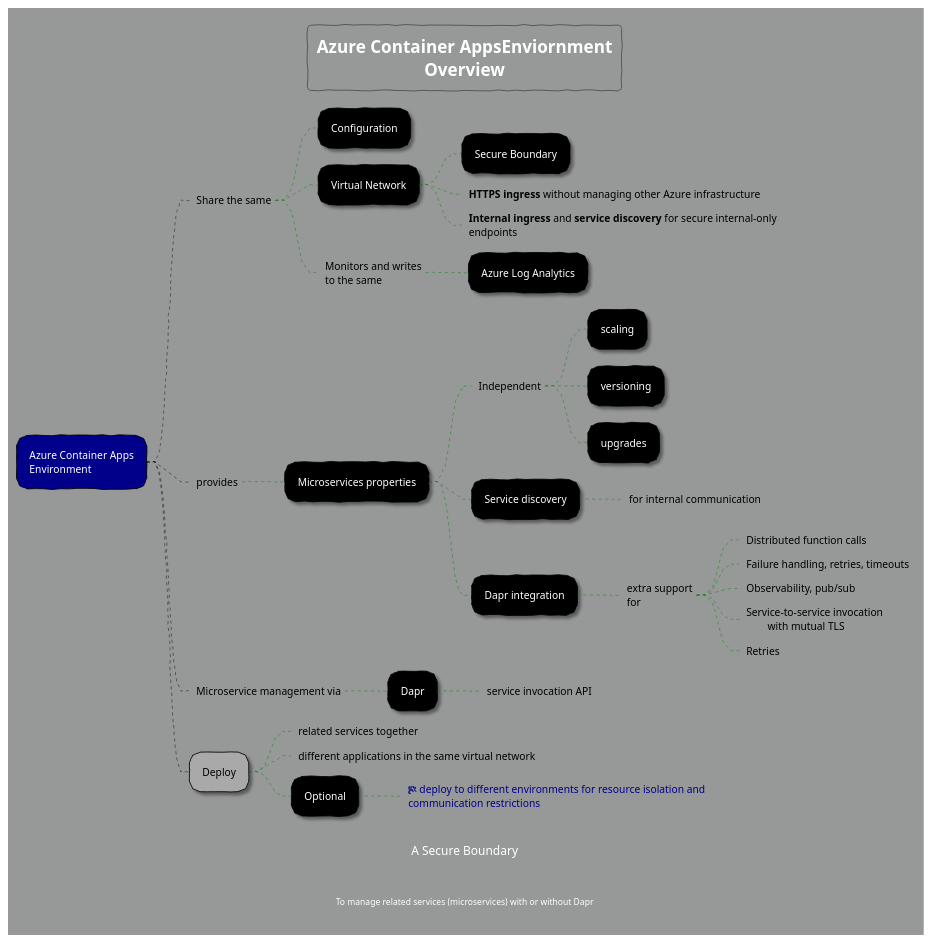
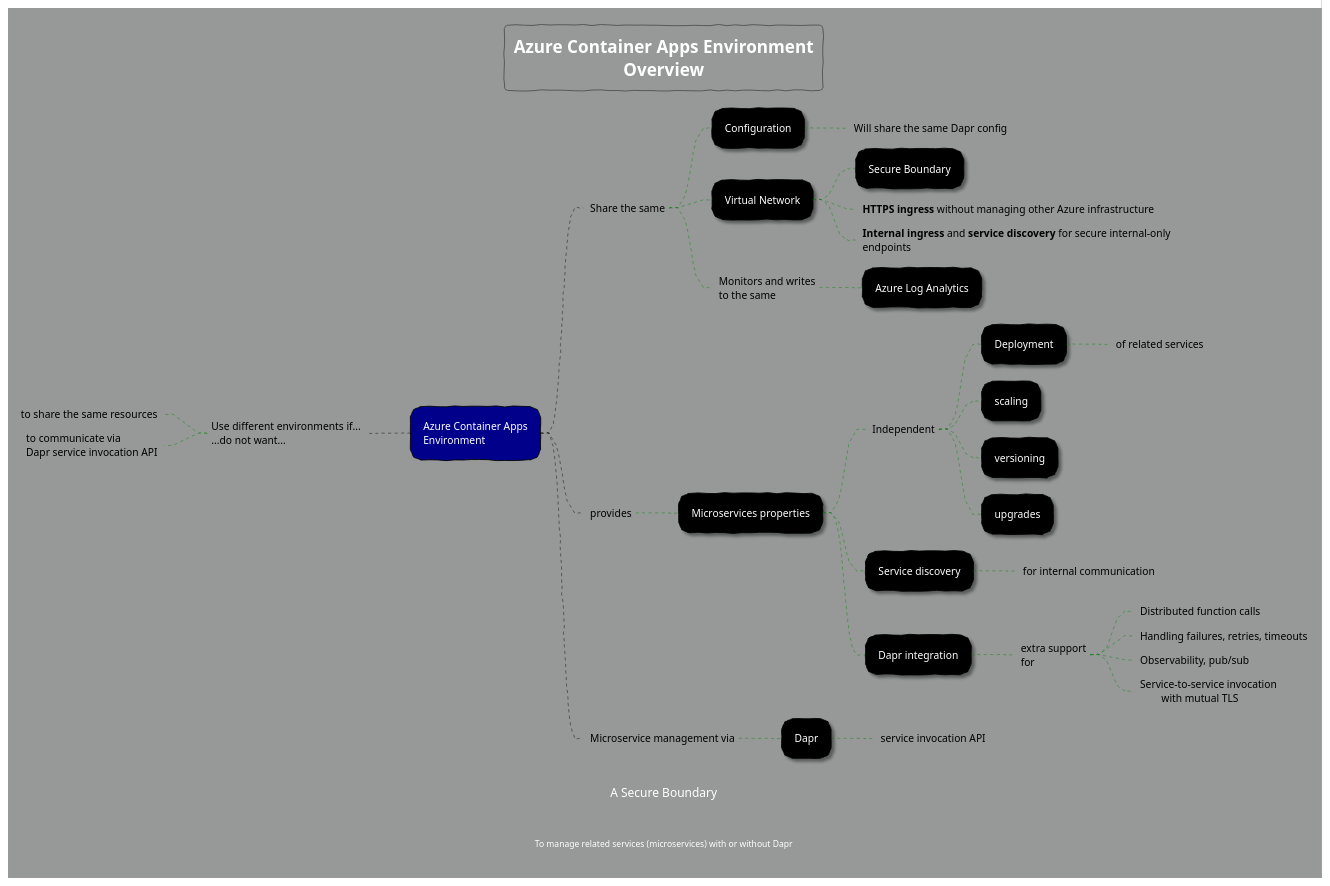
The diagram in Notes/Diagrams/ContainerApps/container-apps-environments.plantuml (rob-bl8ke/Az204-Containerization), drawn with PlantUML before and after one commit. The commit also changed 6 other files, not shown here.

Commit message:
Updates to Azure Container Apps security and revisions

```diff
--- a/Notes/Diagrams/ContainerApps/container-apps-environments.plantuml
+++ b/Notes/Diagrams/ContainerApps/container-apps-environments.plantuml
@@ -1,100 +1,101 @@
 @startmindmap "Azure Container Apps Environment"
 
-title Azure Container AppsEnviornment\nOverview
+title Azure Container Apps Environment\nOverview
 
 caption A Secure Boundary
 footer To manage related services (microservices) with or without Dapr
 
 
 ' List of available themes:
 ' https://plantuml.com/theme
 !theme sketchy
 '!theme carbon-gray
 '!theme cyborg
 '!theme mars
 ' skinparam backgroundColor #e8edec
 skinparam backgroundColor #969998
 
 <style>
     mindMapDiagram {
         .root {
             BackgroundColor darkblue
             LineColor black
             FontColor white
         }
 
         .blue {
             FontColor darkblue
         }
 
 
         node {
             FontColor white
             LineColor black
             BackgroundColor black
             Shadowing 2.0
             RoundCorner 25
         }
         :depth(0) {
             FontColor black
             LineColor white
             BackgroundColor white
             Shadowing 0.0
         }
         :depth(1) {
             FontColor black
             BackgroundColor darkgrey
             Shadowing 2.0
         }
 
         arrow {
             LineStyle 4
             LineThickness 0.5
             LineColor green
         }
 
         boxless {
             FontColor black
             Margin 10
             Padding 10
             MaximumWidth 400
         }
     }
 </style>
 
 + Azure Container Apps\nEnvironment <<root>>
 ++_ Share the same
 +++ Configuration
+++++_ Will share the same Dapr config
 +++ Virtual Network
 ++++ Secure Boundary
 ++++_ **HTTPS ingress** without managing other Azure infrastructure
 ++++_ **Internal ingress** and **service discovery** for secure internal-only endpoints
 +++_ Monitors and writes\nto the same
 ++++ Azure Log Analytics
 
 ++_ provides
 +++ Microservices properties
 ++++_ Independent
++++++ Deployment
+++++++_ of related services
 +++++ scaling
 +++++ versioning
 +++++ upgrades
 ++++ Service discovery
 +++++_ for internal communication
 ++++ Dapr integration
 +++++_ extra support\nfor
 ++++++_ Distributed function calls
-++++++_ Failure handling, retries, timeouts
+++++++_ Handling failures, retries, timeouts
 ++++++_ Observability, pub/sub
 ++++++_ Service-to-service invocation\n\twith mutual TLS
-++++++_ Retries
+
 ++_ Microservice management via
 +++ Dapr
 ++++_ service invocation API
 
-++ Deploy
-+++_ related services together
-+++_ different applications in the same virtual network
-+++ Optional
-++++_ <&flag> deploy to different environments for resource isolation and communication restrictions <<blue>>
+--_ Use different environments if...\n...do not want...
+---_ to share the same resources
+---_ to communicate via\nDapr service invocation API
 
 @endmindmap
```
